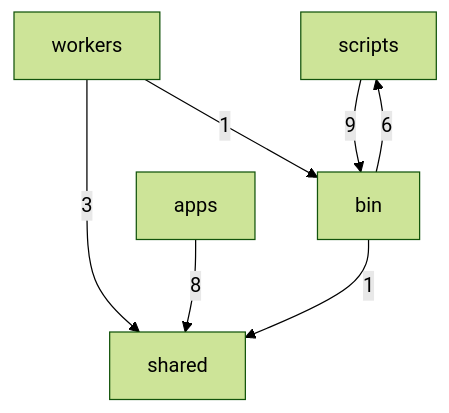
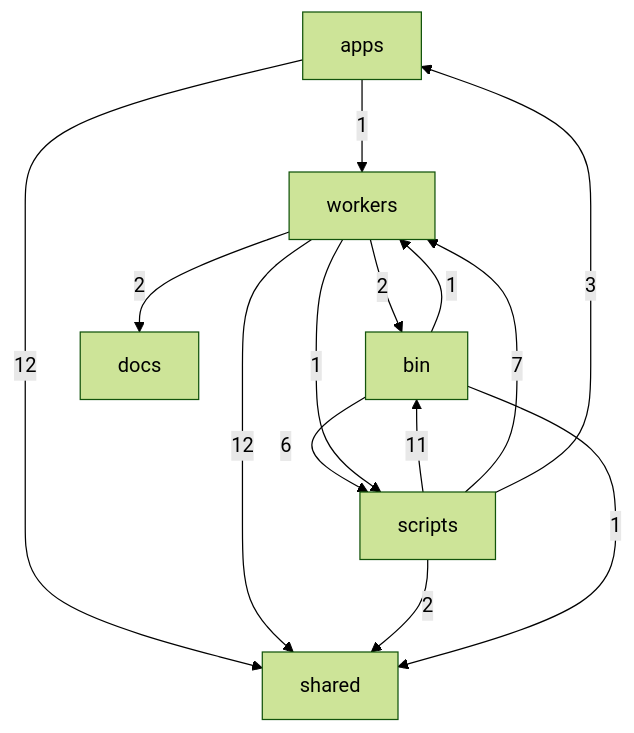
One commit to Sheshiyer/cambium changed the diagram in docs/architecture/DEPENDENCY-GRAPH.md. Above: the diagram before and after it, drawn with Mermaid (forest theme). The commit also changed other lines of this file and 56 other files, not shown here.

````diff
--- a/docs/architecture/DEPENDENCY-GRAPH.md
+++ b/docs/architecture/DEPENDENCY-GRAPH.md
@@ -8,9 +8,16 @@
 ```mermaid
 graph TD
-  scripts["scripts"] -->|9| bin["bin"]
-  apps["apps"] -->|8| shared["shared"]
+  apps["apps"] -->|12| shared["shared"]
+  workers["workers"] -->|12| shared["shared"]
+  scripts["scripts"] -->|11| bin["bin"]
+  scripts["scripts"] -->|7| workers["workers"]
   bin["bin"] -->|6| scripts["scripts"]
-  workers["workers"] -->|3| shared["shared"]
+  scripts["scripts"] -->|3| apps["apps"]
+  scripts["scripts"] -->|2| shared["shared"]
+  workers["workers"] -->|2| bin["bin"]
+  workers["workers"] -->|2| docs["docs"]
+  apps["apps"] -->|1| workers["workers"]
+  bin["bin"] -->|1| workers["workers"]
   bin["bin"] -->|1| shared["shared"]
-  workers["workers"] -->|1| bin["bin"]
+  workers["workers"] -->|1| scripts["scripts"]
 ```
````
